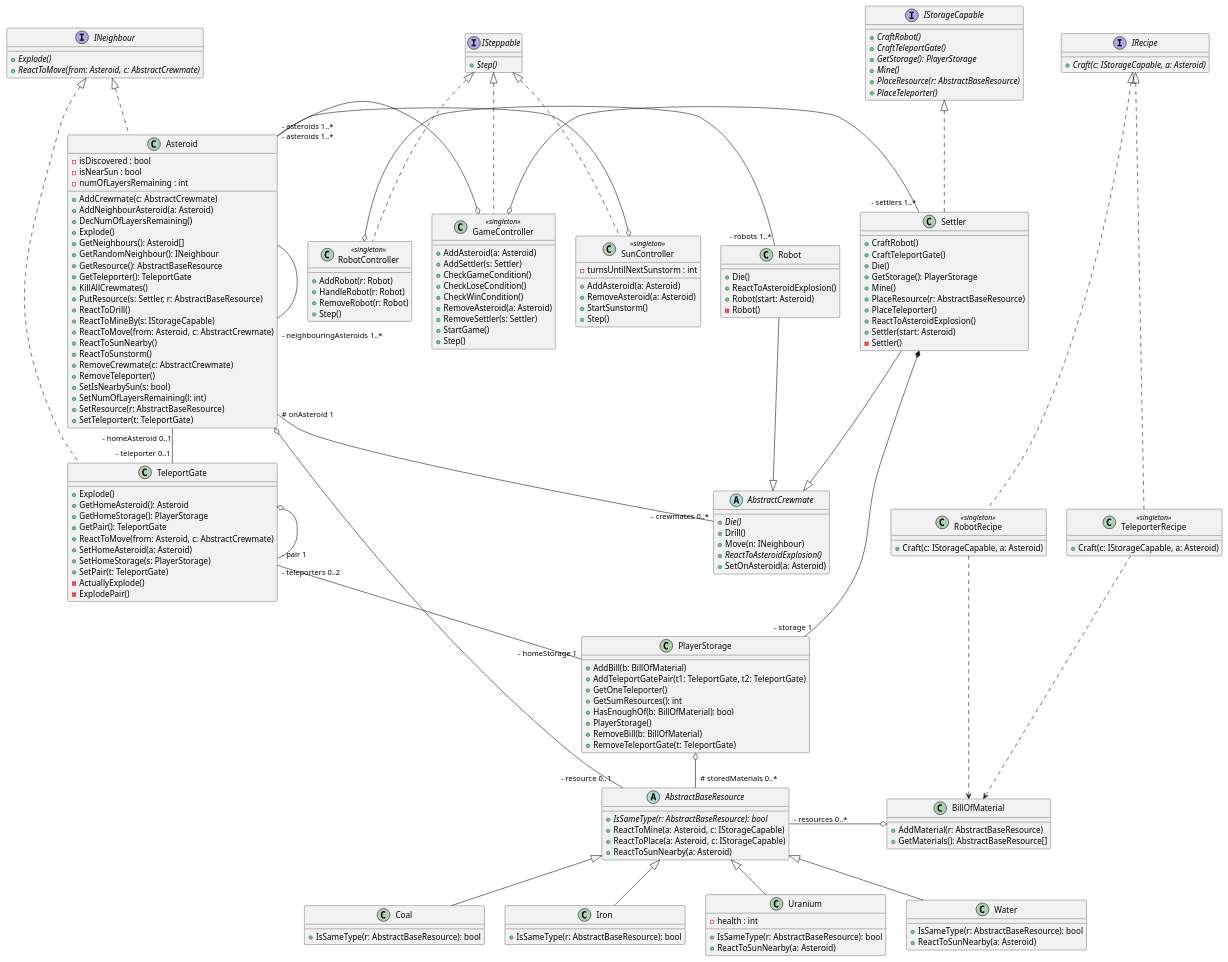
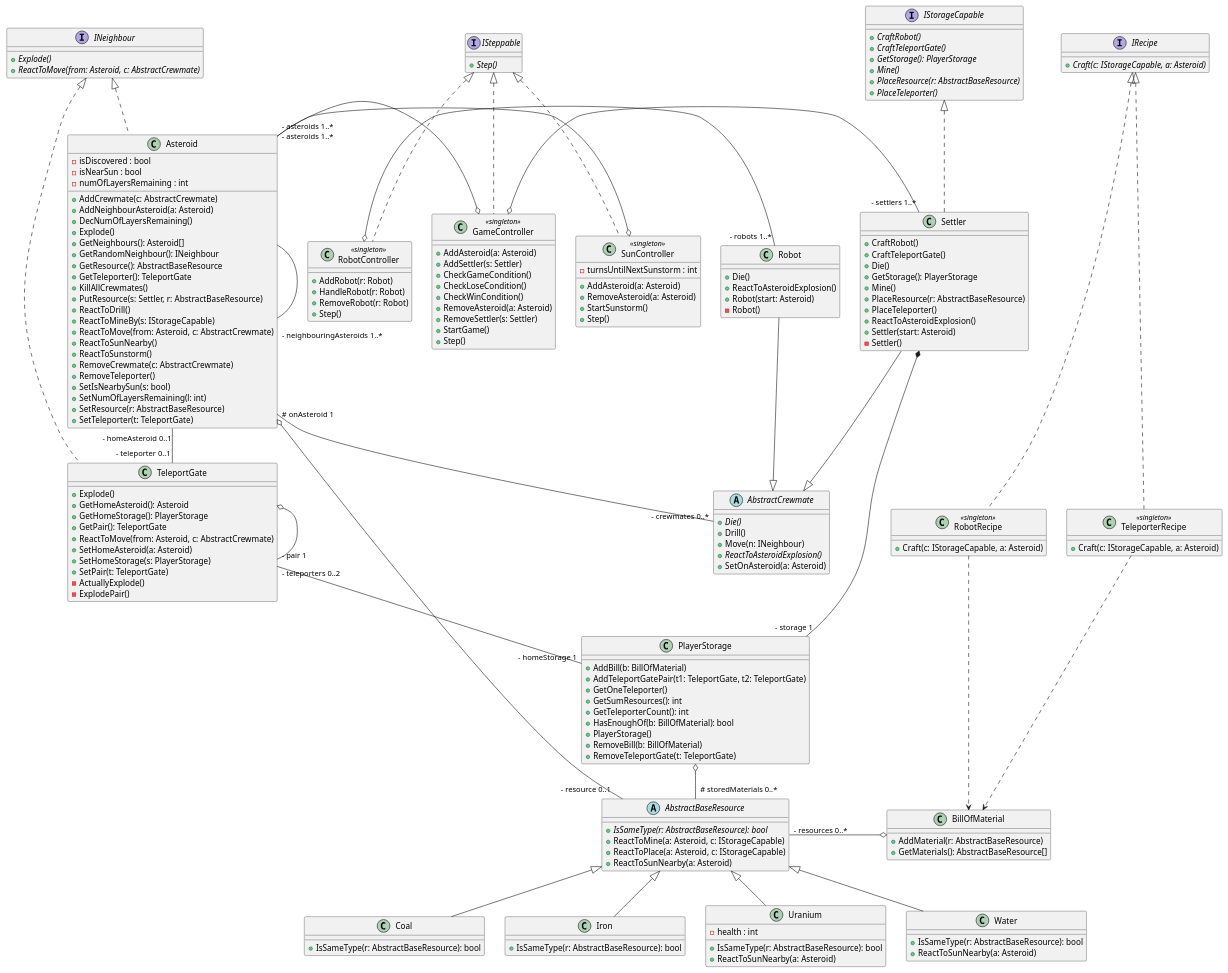
One commit to triszt4n/projlab_holy_oil changed the diagram in uml/class_diagrams/class.plantuml. Above: the diagram before and after it, drawn with PlantUML. The commit also changed 5 other files, not shown here.

```diff
--- a/uml/class_diagrams/class.plantuml
+++ b/uml/class_diagrams/class.plantuml
@@ -6,6 +6,7 @@
   + AddTeleportGatePair(t1: TeleportGate, t2: TeleportGate)
   + GetOneTeleporter()
   + GetSumResources(): int
+  + GetTeleporterCount(): int
   + HasEnoughOf(b: BillOfMaterial): bool
   + PlayerStorage()
   + RemoveBill(b: BillOfMaterial)
```
